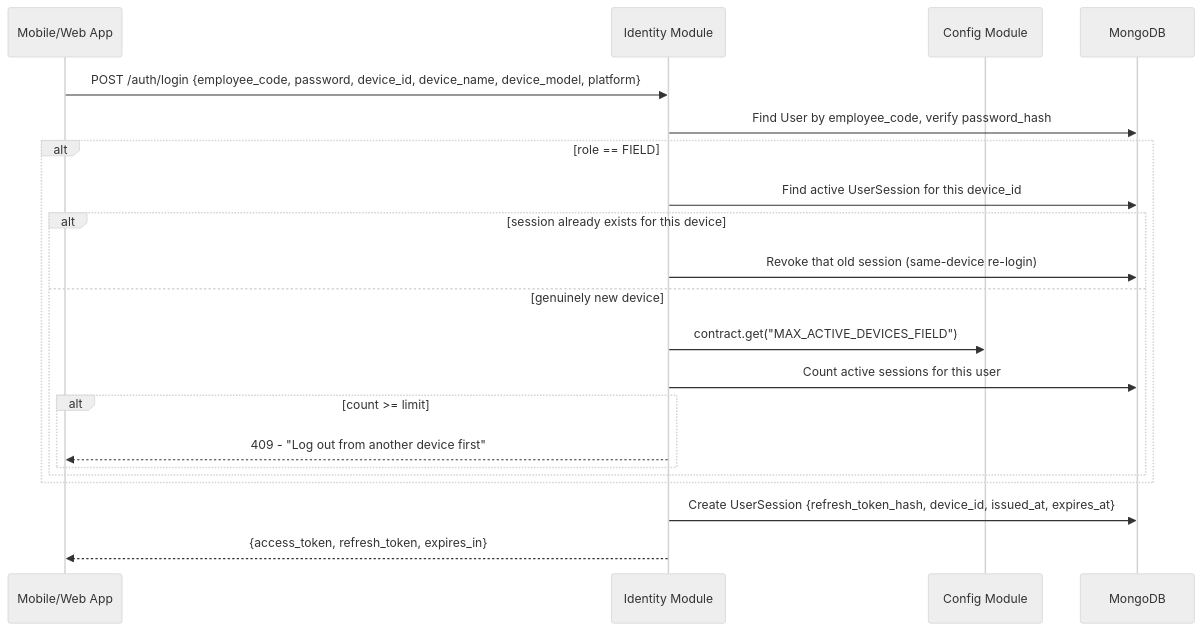
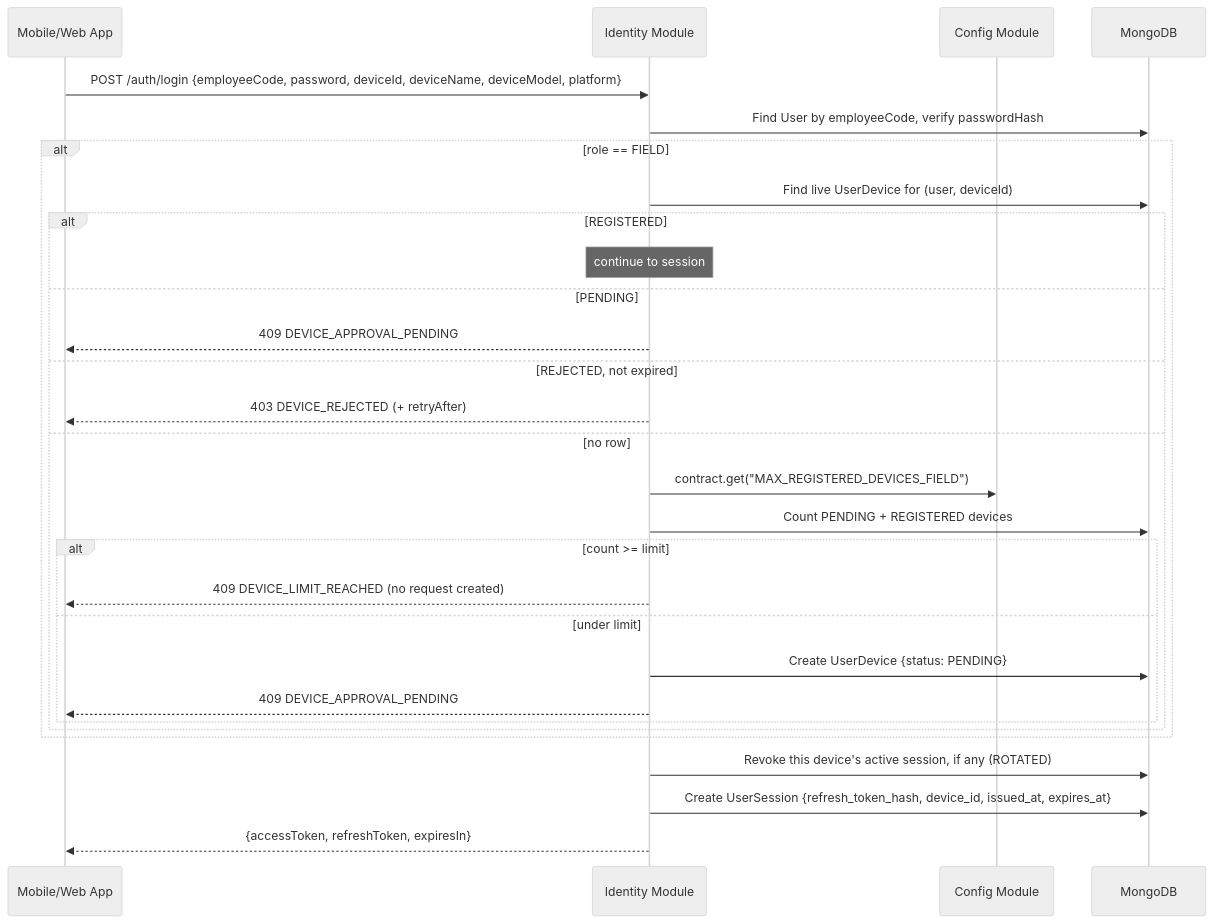
Before and after one commit to reboot-ai-private-limited/greynote: the first of 2 diagrams in docs/hld/04-authentication-and-sessions.md, drawn with Mermaid (neutral theme). The commit also changed other lines of this file and 7 other files, not shown here.

First line of the commit message:
docs: record client answers on login/devices and the device-approval design

````diff
--- a/docs/hld/04-authentication-and-sessions.md
+++ b/docs/hld/04-authentication-and-sessions.md
@@ -13,24 +13,32 @@
 ```mermaid
 sequenceDiagram
     participant App as Mobile/Web App
     participant Identity as Identity Module
     participant Config as Config Module
     participant DB as MongoDB
 
-    App->>Identity: POST /auth/login {employee_code, password, device_id, device_name, device_model, platform}
-    Identity->>DB: Find User by employee_code, verify password_hash
+    App->>Identity: POST /auth/login {employeeCode, password, deviceId, deviceName, deviceModel, platform}
+    Identity->>DB: Find User by employeeCode, verify passwordHash
     alt role == FIELD
-        Identity->>DB: Find active UserSession for this device_id
-        alt session already exists for this device
-            Identity->>DB: Revoke that old session (same-device re-login)
-        else genuinely new device
-            Identity->>Config: contract.get("MAX_ACTIVE_DEVICES_FIELD")
-            Identity->>DB: Count active sessions for this user
+        Identity->>DB: Find live UserDevice for (user, deviceId)
+        alt REGISTERED
+            Note over Identity: continue to session
+        else PENDING
+            Identity-->>App: 409 DEVICE_APPROVAL_PENDING
+        else REJECTED, not expired
+            Identity-->>App: 403 DEVICE_REJECTED (+ retryAfter)
+        else no row
+            Identity->>Config: contract.get("MAX_REGISTERED_DEVICES_FIELD")
+            Identity->>DB: Count PENDING + REGISTERED devices
             alt count >= limit
-                Identity-->>App: 409 - "Log out from another device first"
+                Identity-->>App: 409 DEVICE_LIMIT_REACHED (no request created)
+            else under limit
+                Identity->>DB: Create UserDevice {status: PENDING}
+                Identity-->>App: 409 DEVICE_APPROVAL_PENDING
             end
         end
     end
+    Identity->>DB: Revoke this device's active session, if any (ROTATED)
     Identity->>DB: Create UserSession {refresh_token_hash, device_id, issued_at, expires_at}
-    Identity-->>App: {access_token, refresh_token, expires_in}
+    Identity-->>App: {accessToken, refreshToken, expiresIn}
 ```
````
